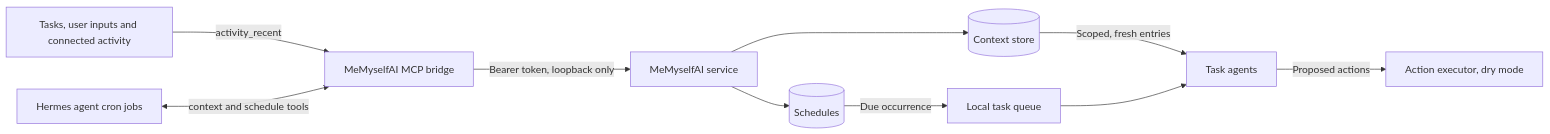
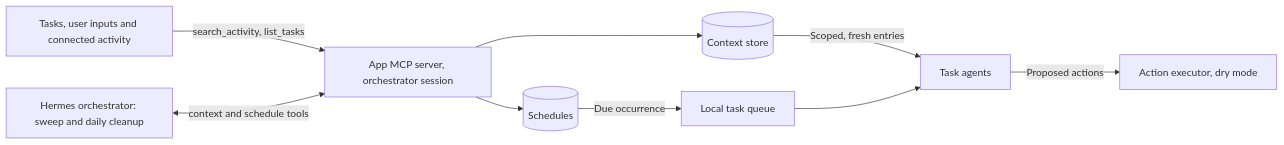
Before and after one commit to Dodecahedr0x/me-myself-ai: the diagram in docs/specs/context-and-schedules.md, drawn with Mermaid. The commit also changed other lines of this file and 23 other files, not shown here.

First line of the commit message:
feat: bundle a private, pinned Hermes and curate context through the app MCP server

````diff
--- a/docs/specs/context-and-schedules.md
+++ b/docs/specs/context-and-schedules.md
@@ -7,12 +7,11 @@
 ```mermaid
 flowchart LR
-    Activity[Tasks, user inputs and connected activity] -->|activity_recent| Bridge[MeMyselfAI MCP bridge]
-    Hermes[Hermes agent cron jobs] <-->|context and schedule tools| Bridge
-    Bridge -->|Bearer token, loopback only| App[MeMyselfAI service]
-    App --> Store[(Context store)]
-    App --> Schedules[(Schedules)]
+    Activity[Tasks, user inputs and connected activity] -->|search_activity, list_tasks| MCP[App MCP server, orchestrator session]
+    Hermes[Hermes orchestrator: sweep and daily cleanup] <-->|context and schedule tools| MCP
+    MCP --> Store[(Context store)]
+    MCP --> Schedules[(Schedules)]
     Schedules -->|Due occurrence| Tasks[Local task queue]
     Store -->|Scoped, fresh entries| Agents[Task agents]
     Tasks --> Agents
     Agents -->|Proposed actions| Executor[Action executor, dry mode]
 ```
````
